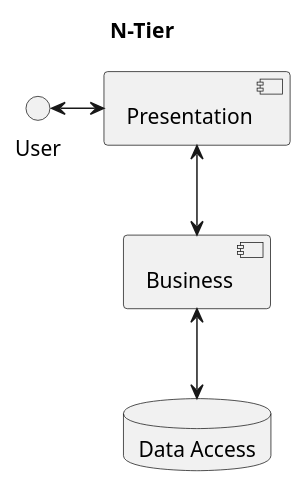
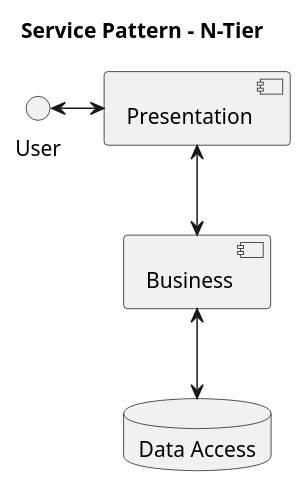
Before and after one commit to mwwhited-notes/shared: the first of 3 diagrams in ArchitecturePatterns/ServicePatterns.md, drawn with PlantUML. The commit also changed other lines of this file and 7 other files, not shown here.

Commit message:
update architectural patterns and add creational patterns

````diff
--- a/ArchitecturePatterns/ServicePatterns.md
+++ b/ArchitecturePatterns/ServicePatterns.md
@@ -5,12 +5,12 @@
 ```plantuml
-title: N-Tier
+title: Service Pattern - N-Tier
 
 ()User
 [Presentation]
 [Business]
 database "Data Access" as DataAccess
 
 User <-> Presentation
 Presentation <--> Business
 Business <--> DataAccess
 ```
````
